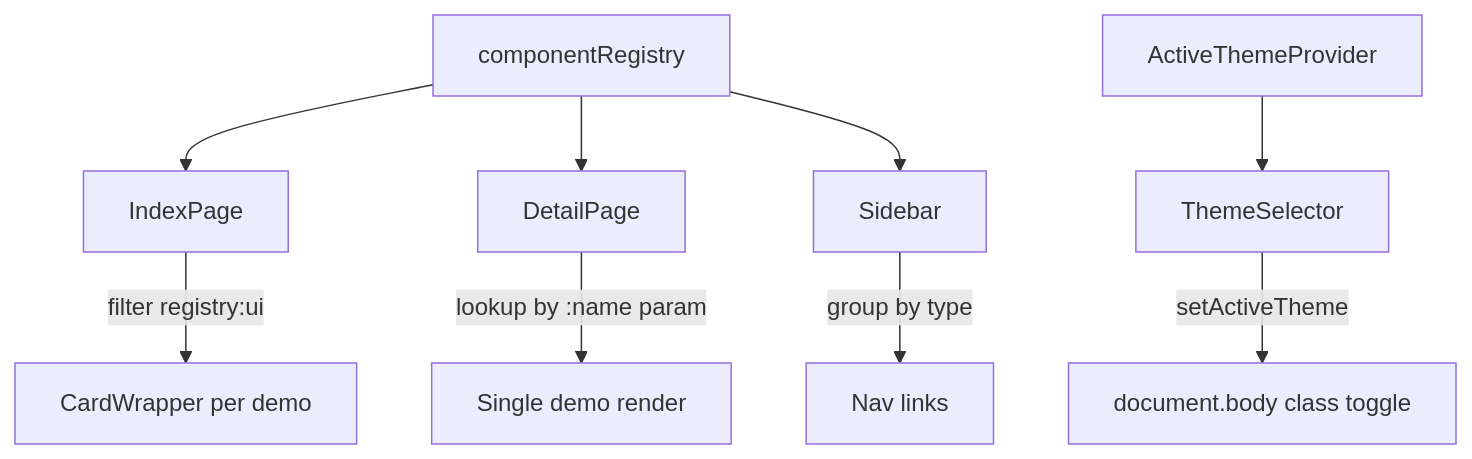
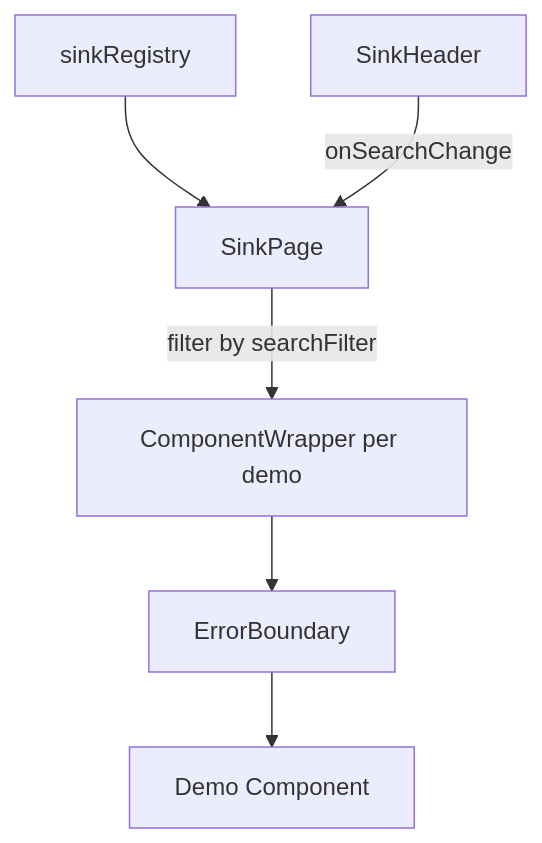
Before and after one commit to vawsgit/automated-security-helper: the second of 2 diagrams in workbench/docs/docs/working/webview/sink/kitchen-sink-as-built.md, drawn with Mermaid. The commit also changed other lines of this file and 18 other files, not shown here.

````diff
--- a/workbench/docs/docs/working/webview/sink/kitchen-sink-as-built.md
+++ b/workbench/docs/docs/working/webview/sink/kitchen-sink-as-built.md
@@ -83,11 +64,8 @@
 ```mermaid
 graph TD
-    A[componentRegistry] --> B[IndexPage]
-    A --> C[DetailPage]
-    A --> D[Sidebar]
-    B -->|filter registry:ui| E[CardWrapper per demo]
-    C -->|lookup by :name param| F[Single demo render]
-    D -->|group by type| G[Nav links]
-    H[ActiveThemeProvider] --> I[ThemeSelector]
-    I -->|setActiveTheme| J[document.body class toggle]
+    A[sinkRegistry] --> B[SinkPage]
+    B -->|filter by searchFilter| C[ComponentWrapper per demo]
+    D[SinkHeader] -->|onSearchChange| B
+    C --> E[ErrorBoundary]
+    E --> F[Demo Component]
 ```
````
